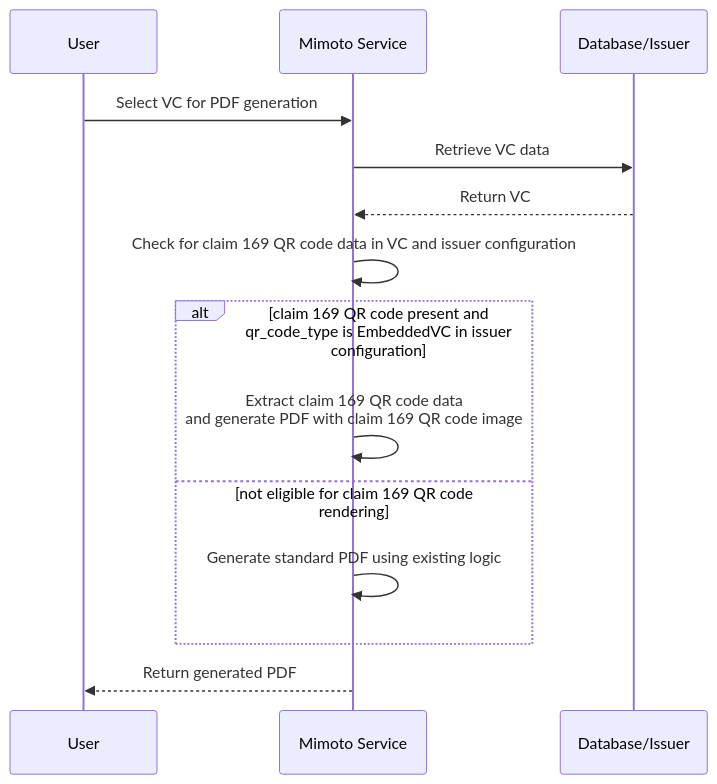
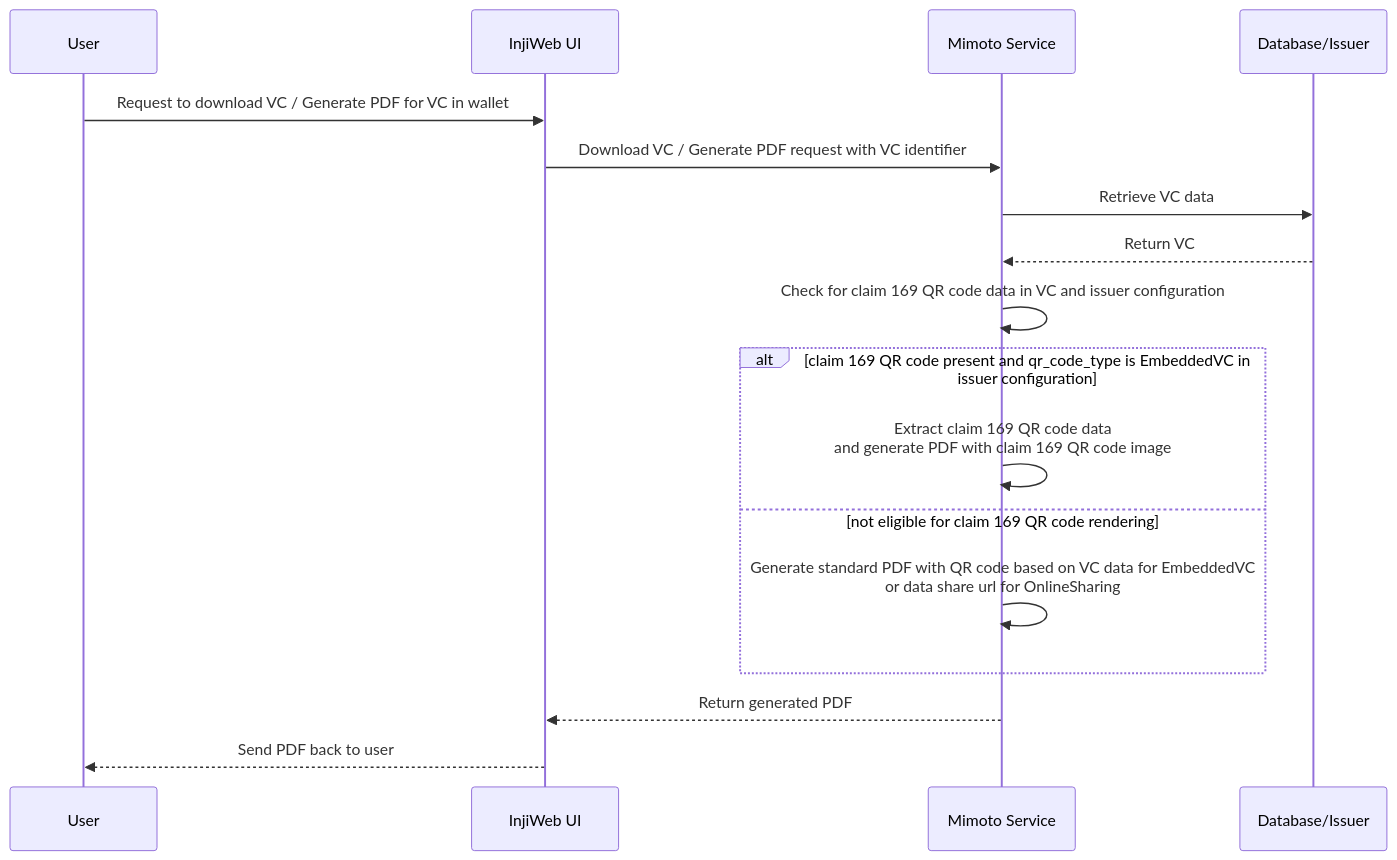
Before and after one commit to inji/mimoto: the diagram in docs/Claim169QRCodeSupport.md, drawn with Mermaid. The commit also changed other lines of this file and 1 other file, not shown here.

Commit message:
[INJIWEB-1823] fix issues with sequence diagrams and flow explanations

````diff
--- a/docs/Claim169QRCodeSupport.md
+++ b/docs/Claim169QRCodeSupport.md
@@ -25,17 +26,20 @@
 ```mermaid
 sequenceDiagram
     participant User
+    participant InjiWeb as InjiWeb UI
     participant Mimoto Service
     participant VCSource as Database/Issuer
     
-    User->>Mimoto Service: Select VC for PDF generation
+    User->>InjiWeb: Request to download VC / Generate PDF for VC in wallet
+    InjiWeb->> Mimoto Service: Download VC / Generate PDF request with VC identifier
     Mimoto Service->>VCSource: Retrieve VC data
     VCSource-->>Mimoto Service: Return VC
     Mimoto Service->>Mimoto Service: Check for claim 169 QR code data in VC and issuer configuration
     alt claim 169 QR code present and qr_code_type is EmbeddedVC in issuer configuration
         Mimoto Service->>Mimoto Service: Extract claim 169 QR code data <br/> and generate PDF with claim 169 QR code image
     else not eligible for claim 169 QR code rendering
-        Mimoto Service->>Mimoto Service: Generate standard PDF using existing logic
+        Mimoto Service->>Mimoto Service: Generate standard PDF with QR code based on VC data for EmbeddedVC <br/>or data share url for OnlineSharing
     end
-    Mimoto Service-->>User: Return generated PDF
+    Mimoto Service-->>InjiWeb: Return generated PDF
+    InjiWeb-->>User: Send PDF back to user
 ```
````
